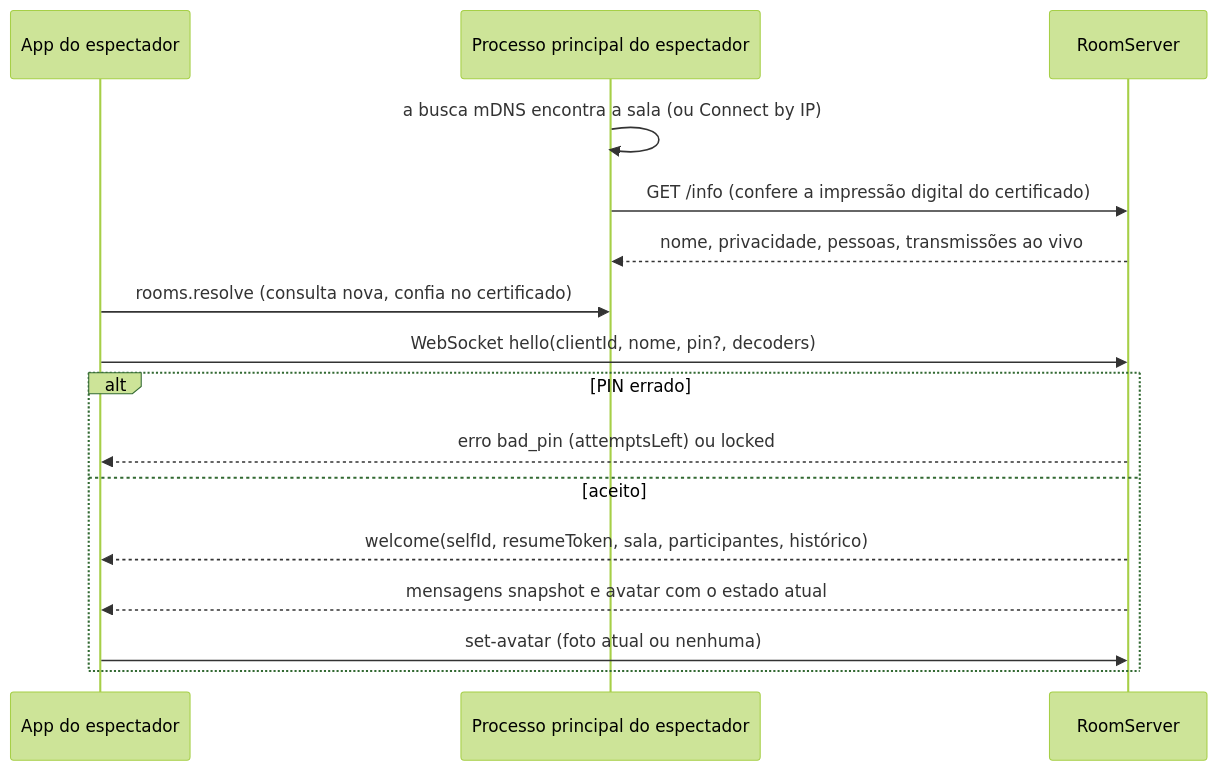
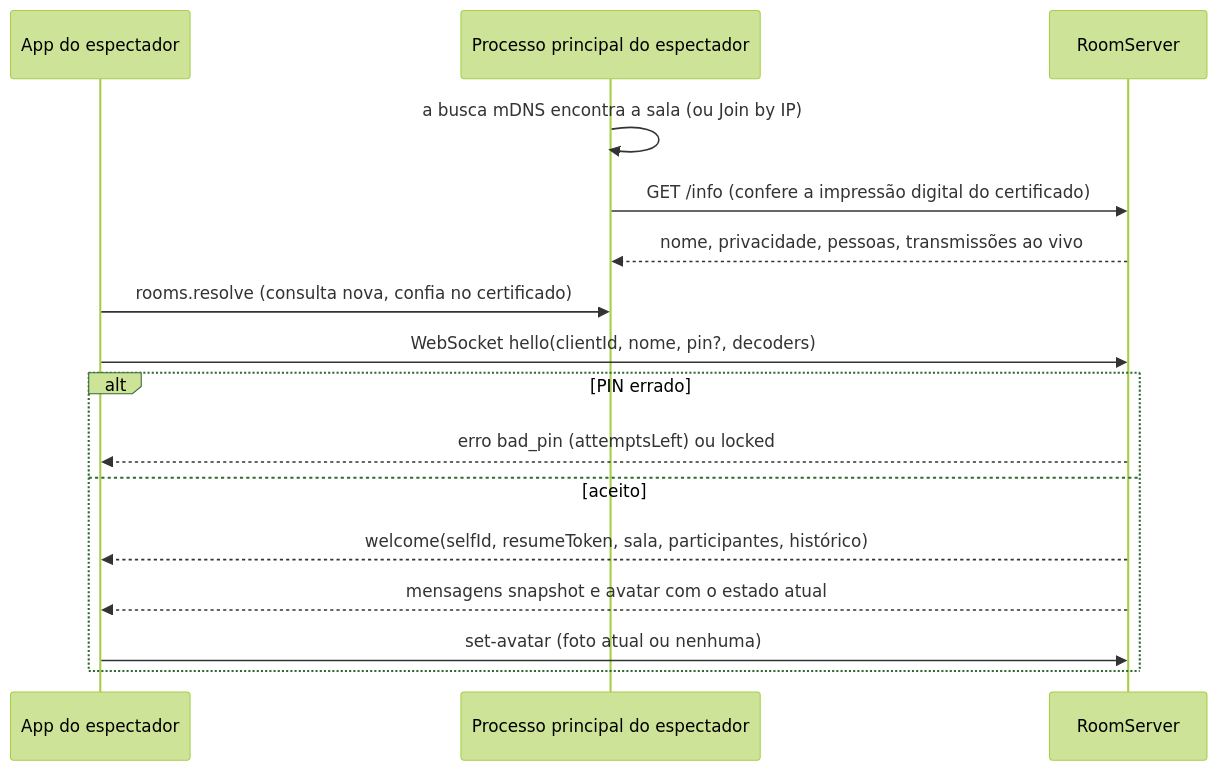
Before and after one commit to nsfxu/lan-screenshare: the seventh of 8 diagrams in docs/pt-BR/architecture.md, drawn with Mermaid (forest theme). The commit also changed other lines of this file and 17 other files, not shown here.

````diff
--- a/docs/pt-BR/architecture.md
+++ b/docs/pt-BR/architecture.md
@@ -307,18 +307,18 @@
 ```mermaid
 sequenceDiagram
   participant V as App do espectador
   participant M as Processo principal do espectador
   participant S as RoomServer
-  M->>M: a busca mDNS encontra a sala (ou Connect by IP)
+  M->>M: a busca mDNS encontra a sala (ou Join by IP)
   M->>S: GET /info (confere a impressão digital do certificado)
   S-->>M: nome, privacidade, pessoas, transmissões ao vivo
   V->>M: rooms.resolve (consulta nova, confia no certificado)
   V->>S: WebSocket hello(clientId, nome, pin?, decoders)
   alt PIN errado
     S-->>V: erro bad_pin (attemptsLeft) ou locked
   else aceito
     S-->>V: welcome(selfId, resumeToken, sala, participantes, histórico)
     S-->>V: mensagens snapshot e avatar com o estado atual
     V->>S: set-avatar (foto atual ou nenhuma)
   end
 ```
````
